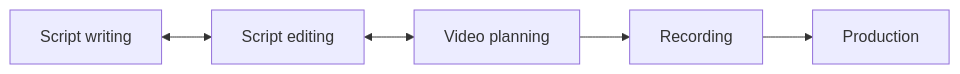
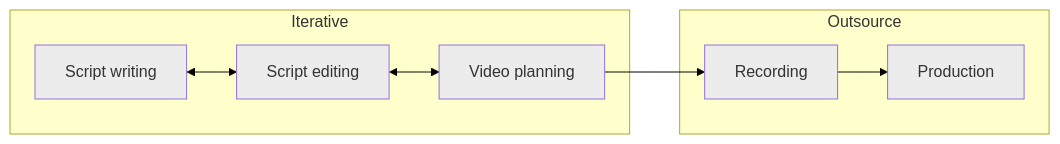
Before and after one commit to libjohn/presentation_tl_retreat: the first of 3 diagrams in frankenstein_monster/version_1.qmd, drawn with Mermaid. The commit also changed other lines of this file and 1 other file, not shown here.

````diff
--- a/frankenstein_monster/version_1.qmd
+++ b/frankenstein_monster/version_1.qmd
@@ -40,9 +48,16 @@
 ```{mermaid}
 %%| fig-width: 20
 flowchart LR
-  A[Script writing] <--> B[Script editing]
-  B <--> C[Video planning]
-  C --> D[Recording]
-  D --> E[Production]
-
+  subgraph box1[Iterative]
+  A[Script writing]:::greybox <--> B[Script editing]:::greybox
+  B <--> C[Video planning]:::greybox
+  end
+  subgraph box2[Outsource]
+  C --> D[Recording]:::greybox
+  D --> E[Production]:::greybox
+  end
+  style box1 fill:#FFFFCC
+  style box2 fill:#FFFFCC
+  linkStyle default stroke: black
+  classDef greybox fill:#ECECEC
 ```
````
